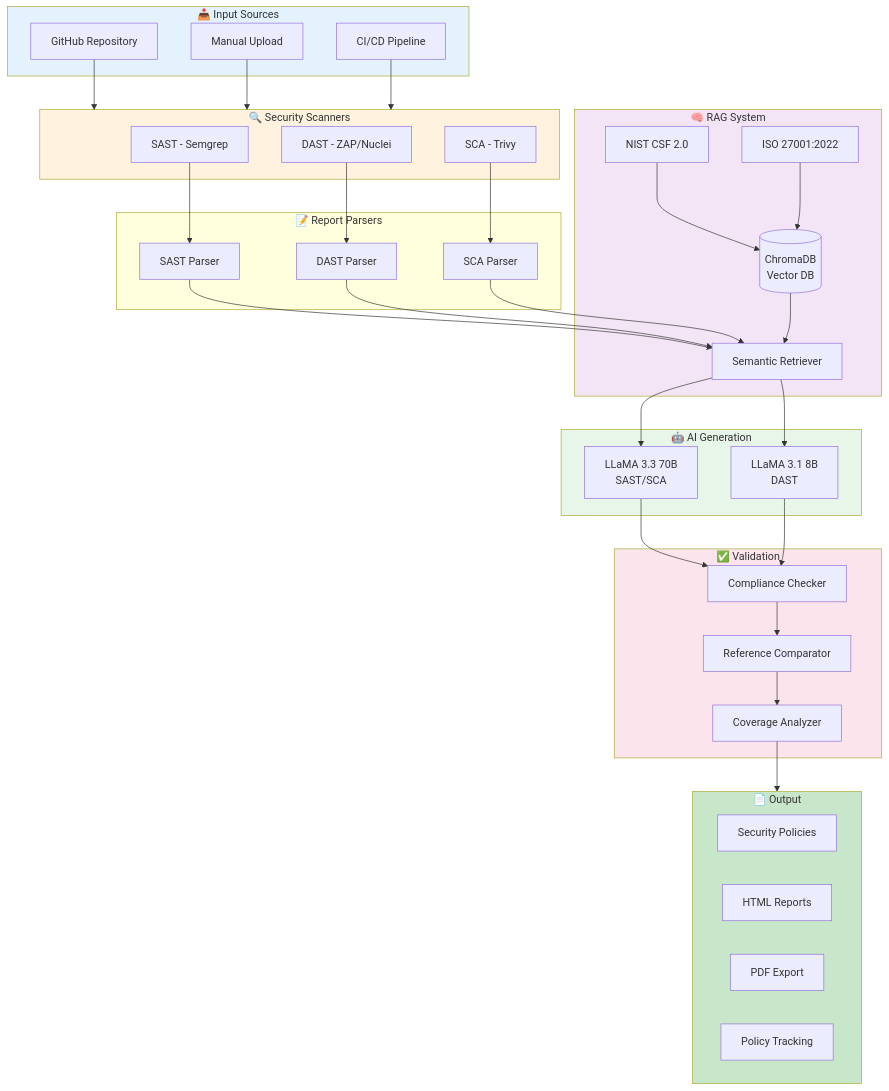
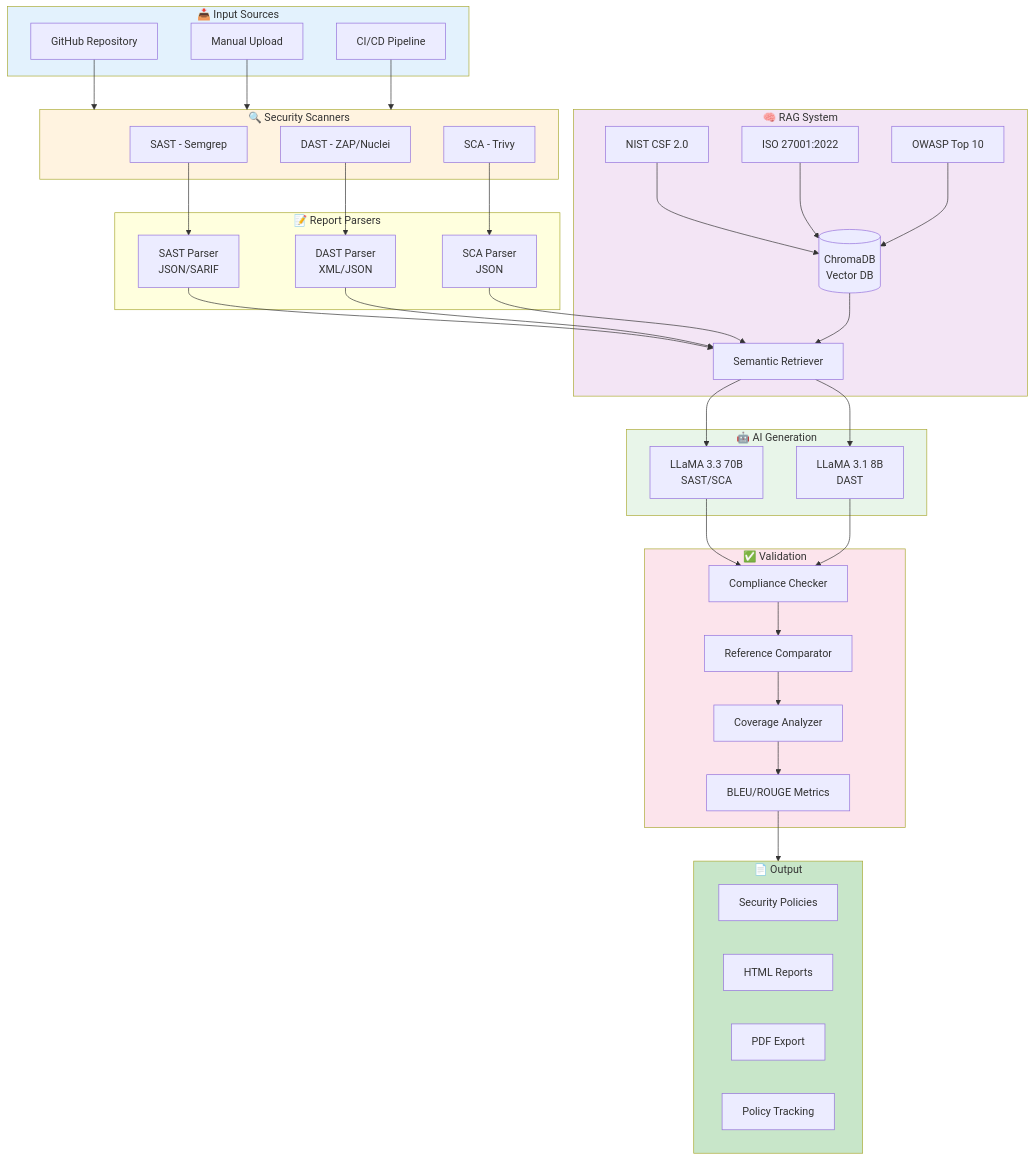
The first of 2 diagrams in README.md (yousef-elgarch1/SecureFlow-AI---DevSecOps), drawn with Mermaid before and after one commit. The commit also changed other lines of this file, not shown here.

````diff
--- a/README.md
+++ b/README.md
@@ -170,78 +267,82 @@
 ```mermaid
 flowchart TB
     subgraph Input["📥 Input Sources"]
         GH[GitHub Repository]
         UP[Manual Upload]
         CI[CI/CD Pipeline]
     end
 
     subgraph Scanners["🔍 Security Scanners"]
         SAST[SAST - Semgrep]
         DAST[DAST - ZAP/Nuclei]
         SCA[SCA - Trivy]
     end
 
     subgraph Parsers["📝 Report Parsers"]
-        SP[SAST Parser]
-        DP[DAST Parser]
-        SCP[SCA Parser]
+        SP[SAST Parser<br/>JSON/SARIF]
+        DP[DAST Parser<br/>XML/JSON]
+        SCP[SCA Parser<br/>JSON]
     end
 
     subgraph RAG["🧠 RAG System"]
         VDB[(ChromaDB<br/>Vector DB)]
         NIST[NIST CSF 2.0]
         ISO[ISO 27001:2022]
+        OWASP[OWASP Top 10]
         RET[Semantic Retriever]
     end
 
     subgraph AI["🤖 AI Generation"]
         L70[LLaMA 3.3 70B<br/>SAST/SCA]
         L8[LLaMA 3.1 8B<br/>DAST]
     end
 
     subgraph Compliance["✅ Validation"]
         COMP[Compliance Checker]
         REF[Reference Comparator]
         COV[Coverage Analyzer]
+        EVAL[BLEU/ROUGE Metrics]
     end
 
     subgraph Output["📄 Output"]
         POL[Security Policies]
         HTML[HTML Reports]
         PDF[PDF Export]
         TRACK[Policy Tracking]
     end
 
     GH --> Scanners
     UP --> Scanners
     CI --> Scanners
 
     SAST --> SP
     DAST --> DP
     SCA --> SCP
 
     SP --> RET
     DP --> RET
     SCP --> RET
 
     NIST --> VDB
     ISO --> VDB
+    OWASP --> VDB
     VDB --> RET
 
     RET --> L70
     RET --> L8
 
     L70 --> COMP
     L8 --> COMP
 
     COMP --> REF
     REF --> COV
-    COV --> Output
+    COV --> EVAL
+    EVAL --> Output
 
     style Input fill:#e3f2fd
     style Scanners fill:#fff3e0
     style RAG fill:#f3e5f5
     style AI fill:#e8f5e9
     style Compliance fill:#fce4ec
     style Output fill:#c8e6c9
 ```
````
